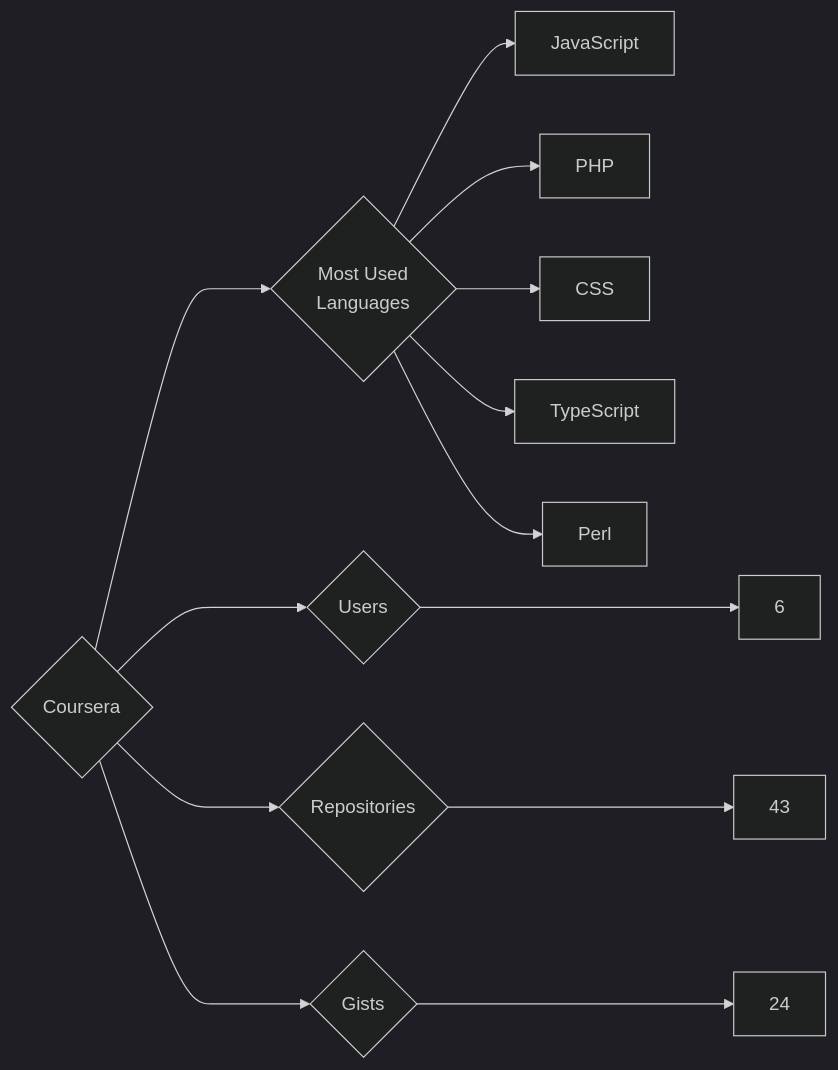
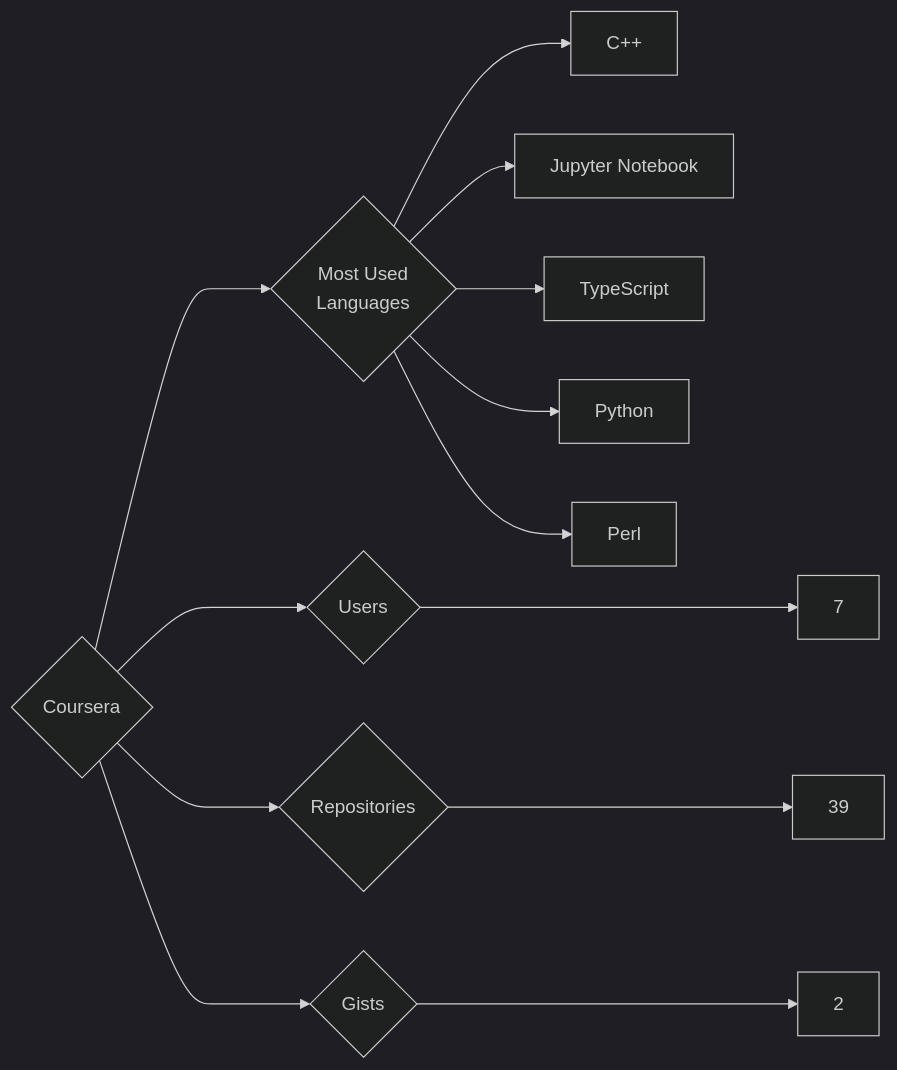
One commit to trickest/insiders changed the diagram in targets/Coursera/README.md. Above: the diagram before and after it, drawn with Mermaid (dark theme). The commit also changed 1023 other files, not shown here.

````diff
--- a/targets/Coursera/README.md
+++ b/targets/Coursera/README.md
@@ -3,13 +3,13 @@
 ```mermaid
 graph LR
 COMPANY_NAME{Coursera}
-COMPANY_NAME ---> U{Users} ---> UN[6]
-COMPANY_NAME ---> R{Repositories} ---> RN[43]
-COMPANY_NAME ---> G{Gists} ---> GN[24]
+COMPANY_NAME ---> U{Users} ---> UN[7]
+COMPANY_NAME ---> R{Repositories} ---> RN[39]
+COMPANY_NAME ---> G{Gists} ---> GN[2]
 COMPANY_NAME ---> ML{Most Used<br>Languages}
-ML --> JavaScript[JavaScript]
-ML --> PHP[PHP]
-ML --> CSS[CSS]
+ML --> C++[C++]
+ML --> Jupyter_Notebook[Jupyter Notebook]
 ML --> TypeScript[TypeScript]
+ML --> Python[Python]
 ML --> Perl[Perl]
 ```
````
